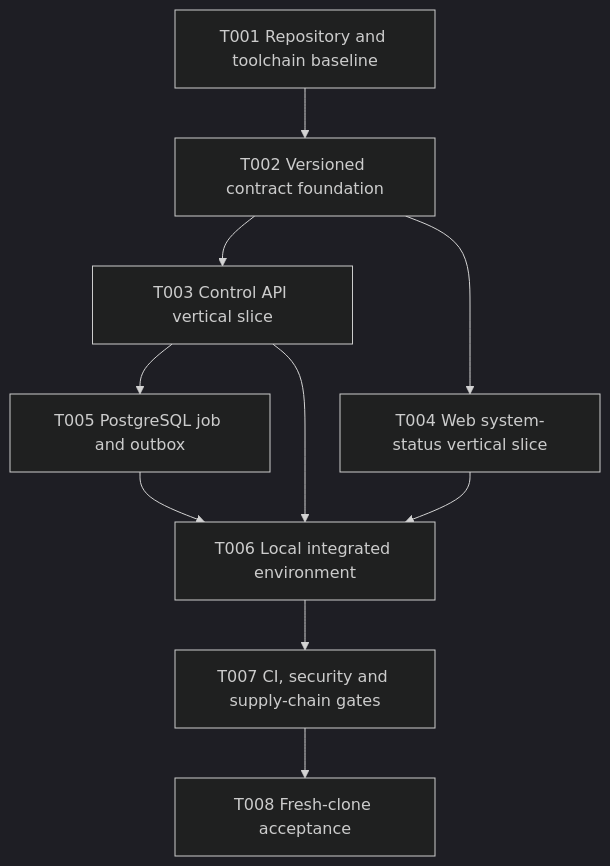
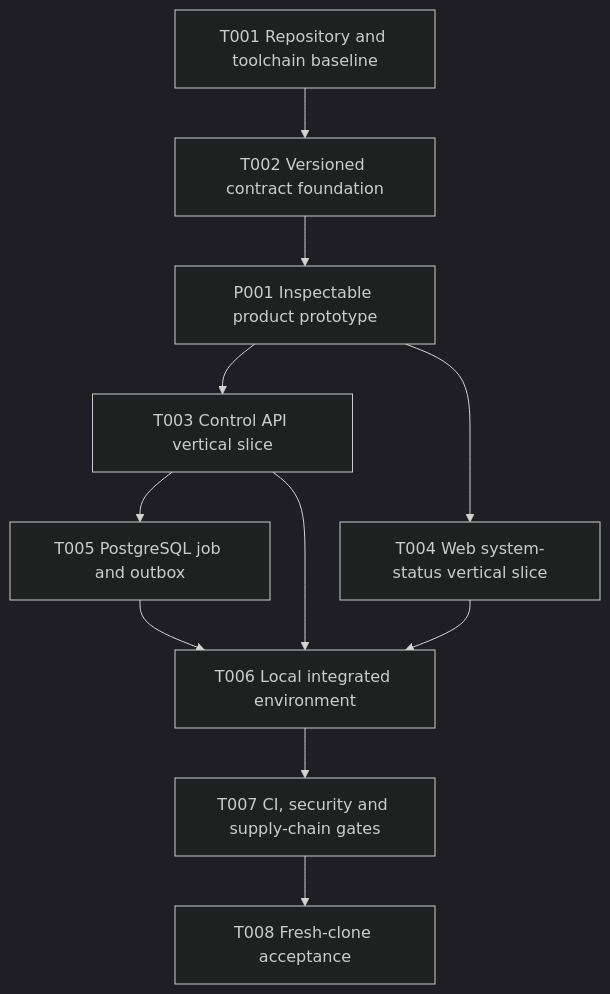
One commit to iiwish/semlia changed the diagram in docs/specs/m0-foundation/tasks.md. Above: the diagram before and after it, drawn with Mermaid (dark theme). The commit also changed other lines of this file and 7 other files, not shown here.

Commit message:
docs: prioritize inspectable product prototype

````diff
--- a/docs/specs/m0-foundation/tasks.md
+++ b/docs/specs/m0-foundation/tasks.md
@@ -27,12 +27,13 @@
 ```mermaid
 flowchart TD
     T001["T001 Repository and toolchain baseline"] --> T002["T002 Versioned contract foundation"]
-    T002 --> T003["T003 Control API vertical slice"]
-    T002 --> T004["T004 Web system-status vertical slice"]
+    T002 --> P001["P001 Inspectable product prototype"]
+    P001 --> T003["T003 Control API vertical slice"]
+    P001 --> T004["T004 Web system-status vertical slice"]
     T003 --> T005["T005 PostgreSQL job and outbox"]
     T003 --> T006["T006 Local integrated environment"]
     T004 --> T006
     T005 --> T006
     T006 --> T007["T007 CI, security and supply-chain gates"]
     T007 --> T008["T008 Fresh-clone acceptance"]
 ```
````
